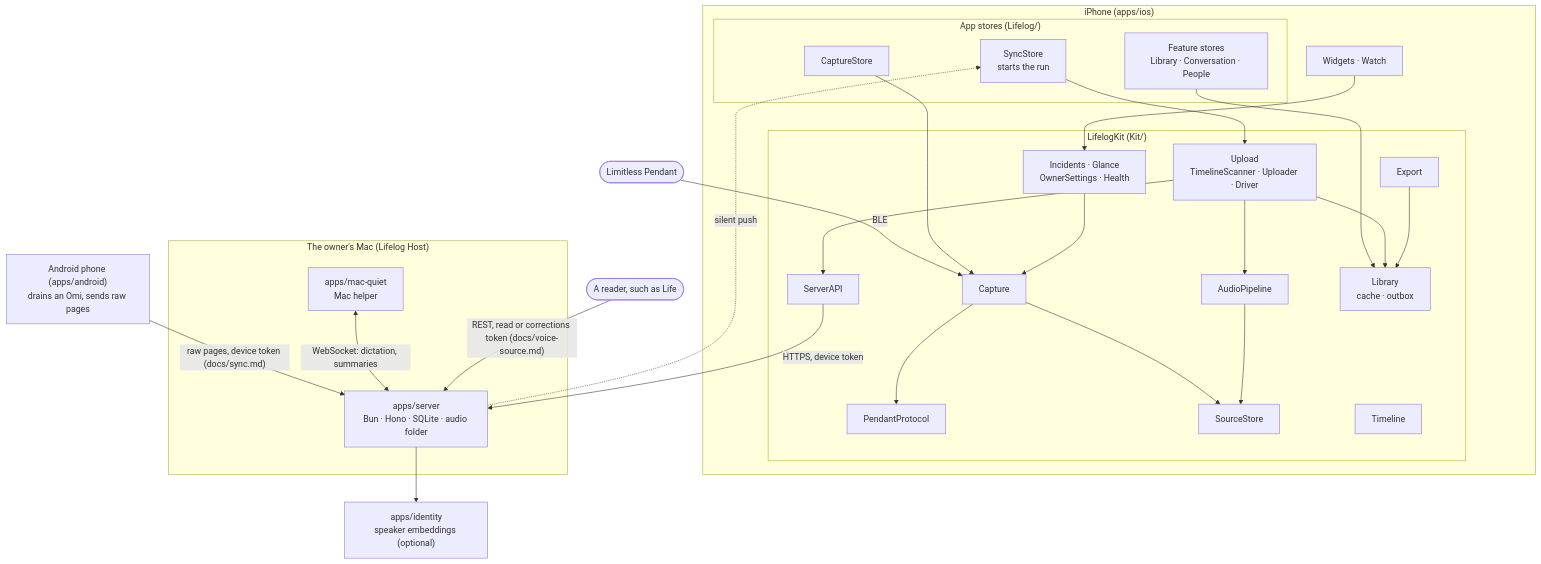
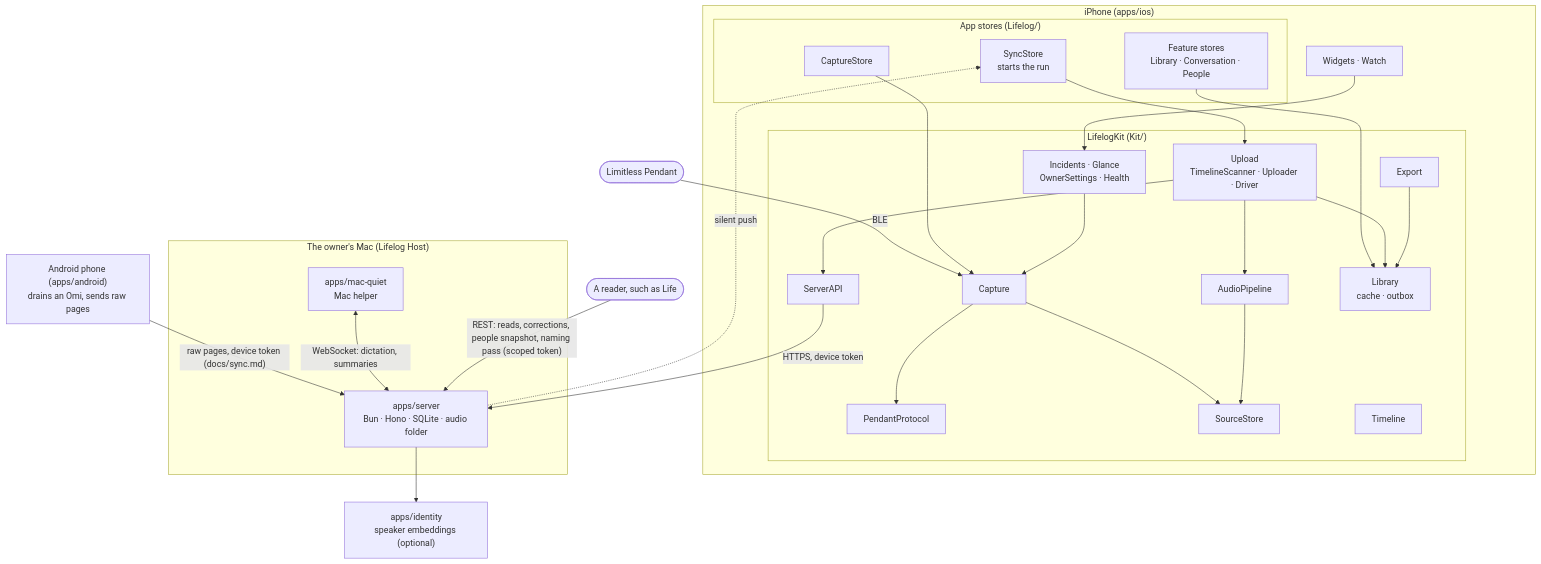
Before and after one commit to eric-edouard/life: the diagram in apps/lifelog/docs/architecture.md, drawn with Mermaid. The commit also changed other lines of this file and 86 other files, not shown here.

Commit message:
Voice naming from context and likeness: one speaker decision, inferred attribution, Life's people pushed to lifelog, one Codex queue, the evaluator's gate

````diff
--- a/apps/lifelog/docs/architecture.md
+++ b/apps/lifelog/docs/architecture.md
@@ -8,53 +8,53 @@
 ```mermaid
 flowchart TB
   Pendant(["Limitless Pendant"])
 
   subgraph phone["iPhone (apps/ios)"]
     subgraph app["App stores (Lifelog/)"]
       CaptureStore
       SyncStore["SyncStore<br/>starts the run"]
       Screens["Feature stores<br/>Library · Conversation · People"]
     end
     subgraph kit["LifelogKit (Kit/)"]
       Capture
       PendantProtocol
       SourceStore
       AudioPipeline
       Upload["Upload<br/>TimelineScanner · Uploader · Driver"]
       ServerAPI
       Library["Library<br/>cache · outbox"]
       Export
       Timeline
       Facts["Incidents · Glance<br/>OwnerSettings · Health"]
     end
     Glances["Widgets · Watch"]
   end
 
   subgraph host["The owner's Mac (Lifelog Host)"]
     Server["apps/server<br/>Bun · Hono · SQLite · audio folder"]
     Mac["apps/mac-quiet<br/>Mac helper"]
   end
   Identity["apps/identity<br/>speaker embeddings (optional)"]
   Android["Android phone (apps/android)<br/>drains an Omi, sends raw pages"]
   Life(["A reader, such as Life"])
 
   Pendant -- BLE --> Capture
   CaptureStore --> Capture
   Capture --> PendantProtocol
   Capture --> SourceStore
   SyncStore --> Upload
   Screens --> Library
   Upload --> Library
   Upload --> ServerAPI
   Upload --> AudioPipeline
   AudioPipeline --> SourceStore
   Export --> Library
   Facts --> Capture
   Glances --> Facts
   ServerAPI -- "HTTPS, device token" --> Server
   Android -- "raw pages, device token (docs/sync.md)" --> Server
   Server -. "silent push" .-> SyncStore
   Server --> Identity
   Mac <-->|"WebSocket: dictation, summaries"| Server
-  Life -- "REST, read or corrections token (docs/voice-source.md)" --> Server
+  Life -- "REST: reads, corrections, people snapshot, naming pass (scoped token)" --> Server
 ```
````
